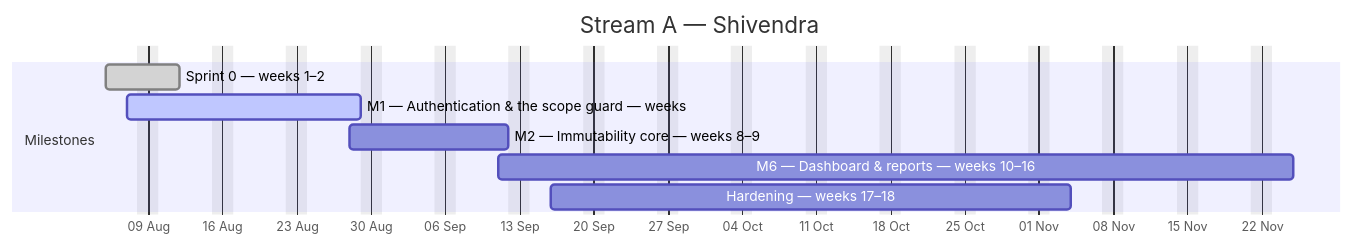
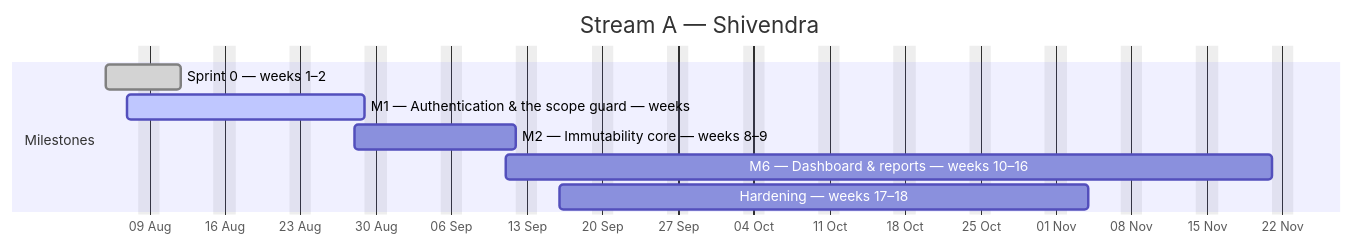
The first of 4 diagrams in docs/plan/GANTT.md (debashisedunext/EduTrack), drawn with Mermaid before and after one commit. The commit also changed other lines of this file and 3 other files, not shown here.

````diff
--- a/docs/plan/GANTT.md
+++ b/docs/plan/GANTT.md
@@ -124,13 +124,13 @@
 ```mermaid
 gantt
     dateFormat YYYY-MM-DD
     axisFormat %d %b
     title Stream A — Shivendra
     excludes weekends
     section Milestones
     Sprint 0 — weeks 1–2 :done, a0, 2026-08-05, 5d
     M1 — Authentication & the scope guard — weeks :active, a1, 2026-08-07, 16d
     M2 — Immutability core — weeks 8–9 :a2, 2026-08-28, 11d
-    M6 — Dashboard & reports — weeks 10–16 :a3, 2026-09-11, 53d
+    M6 — Dashboard & reports — weeks 10–16 :a3, 2026-09-11, 51d
     Hardening — weeks 17–18 :a4, 2026-09-16, 35d
 ```
````
